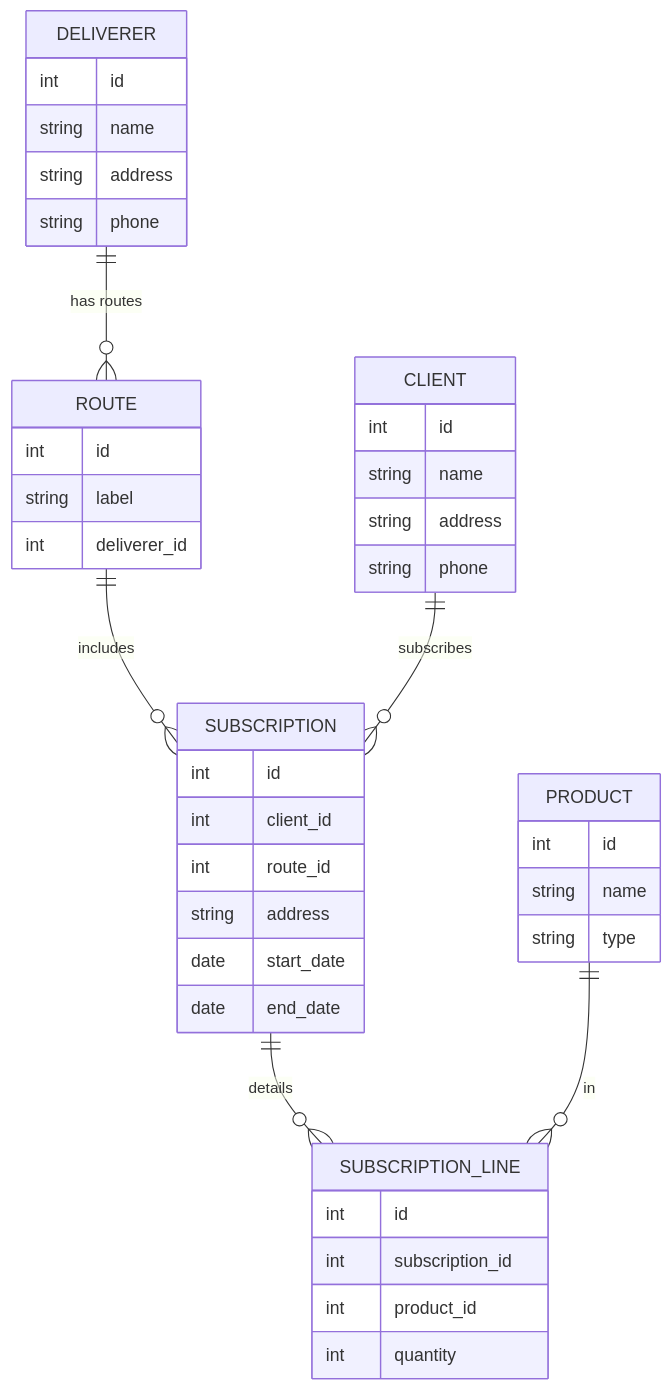
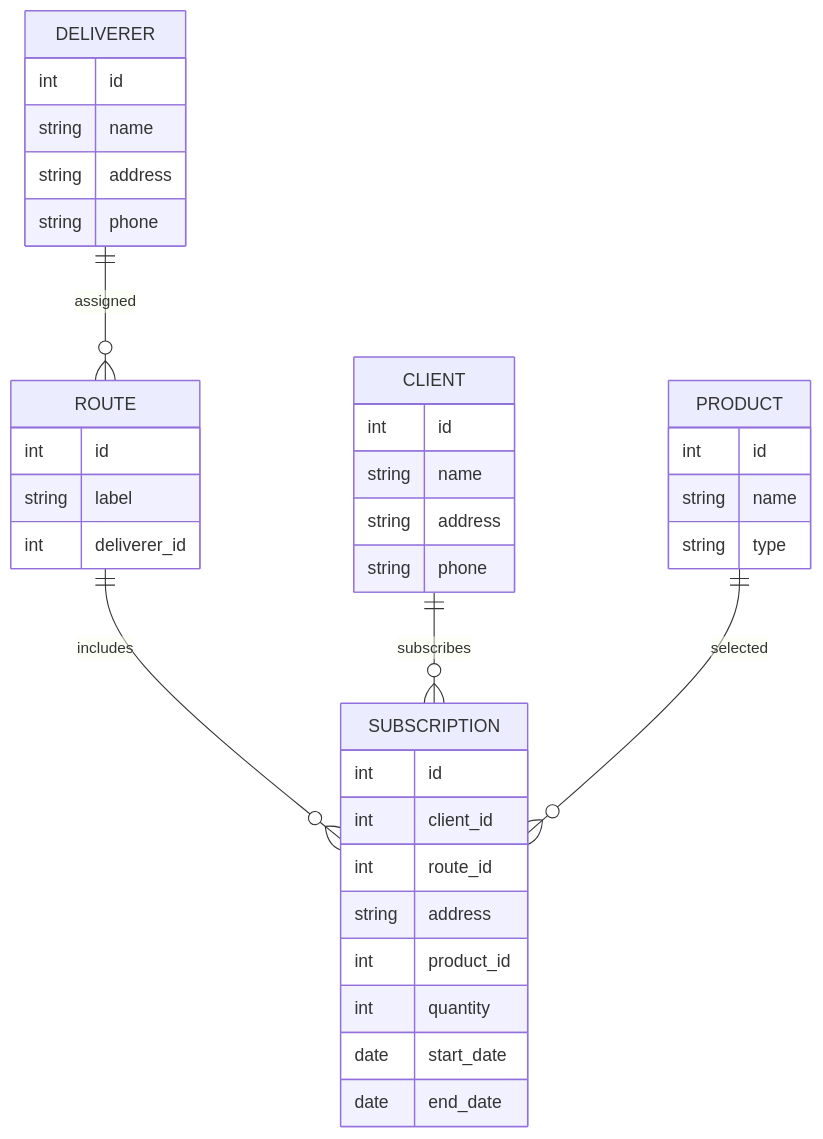
One commit to a3emond/delivery-app-android-fall2025 changed the fifth of 17 diagrams in README.md. Above: the diagram before and after it, drawn with Mermaid. The commit also changed other lines of this file and 44 other files, not shown here.

````diff
--- a/README.md
+++ b/README.md
@@ -168,45 +243,44 @@
 ```mermaid
 erDiagram
     ROUTE {
         int id
         string label
         int deliverer_id
     }
+
     DELIVERER {
         int id
         string name
         string address
         string phone
     }
+
     CLIENT {
         int id
         string name
         string address
         string phone
     }
+
     PRODUCT {
         int id
         string name
         string type
     }
+
     SUBSCRIPTION {
         int id
         int client_id
         int route_id
         string address
+        int product_id
+        int quantity
         date start_date
         date end_date
     }
-    SUBSCRIPTION_LINE {
-        int id
-        int subscription_id
-        int product_id
-        int quantity
-    }
 
-    DELIVERER ||--o{ ROUTE : "has routes"
-    ROUTE ||--o{ SUBSCRIPTION : "includes"
-    CLIENT ||--o{ SUBSCRIPTION : "subscribes"
-    SUBSCRIPTION ||--o{ SUBSCRIPTION_LINE : "details"
-    PRODUCT ||--o{ SUBSCRIPTION_LINE : "in"
+    DELIVERER ||--o{ ROUTE : assigned
+    ROUTE ||--o{ SUBSCRIPTION : includes
+    CLIENT ||--o{ SUBSCRIPTION : subscribes
+    PRODUCT ||--o{ SUBSCRIPTION : selected
 ```
````
